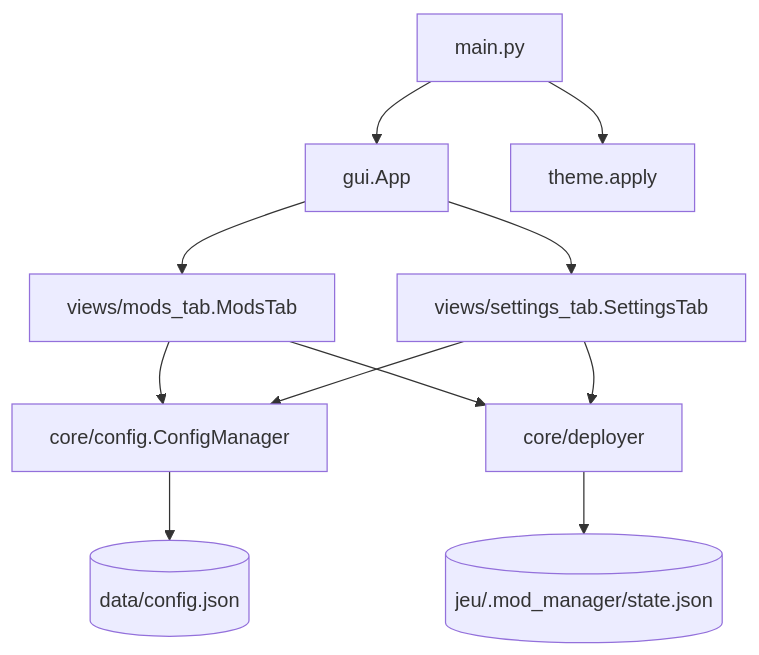
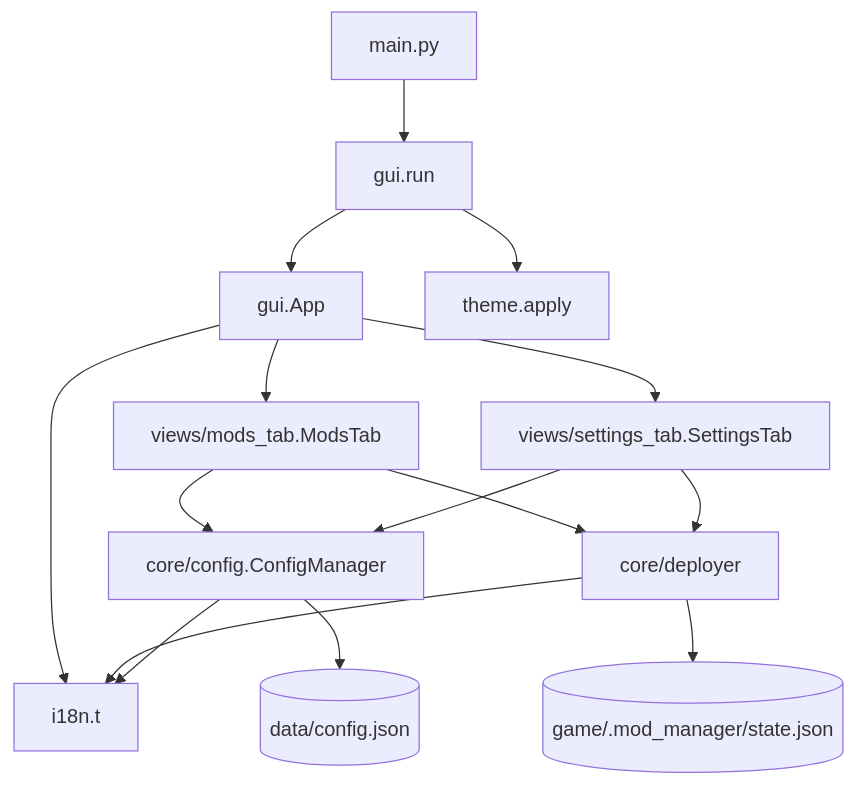
One commit to devcfk/ModInjector changed the first of 2 diagrams in docs/ARCHITECTURE.md. Above: the diagram before and after it, drawn with Mermaid. The commit also changed other lines of this file and 16 other files, not shown here.

````diff
--- a/docs/ARCHITECTURE.md
+++ b/docs/ARCHITECTURE.md
@@ -50,13 +55,17 @@
 ```mermaid
 flowchart TD
-    main[main.py] --> App[gui.App]
+    main[main.py] --> Run[gui.run]
+    Run --> App[gui.App]
     App --> ModsTab[views/mods_tab.ModsTab]
     App --> SettingsTab[views/settings_tab.SettingsTab]
     ModsTab --> Config[core/config.ConfigManager]
     SettingsTab --> Config
     ModsTab --> Deployer[core/deployer]
     SettingsTab --> Deployer
-    main --> Theme[theme.apply]
+    Run --> Theme[theme.apply]
+    App --> I18n[i18n.t]
+    Deployer --> I18n
+    Config --> I18n
     Config --> ConfigJson[(data/config.json)]
-    Deployer --> State[(jeu/.mod_manager/state.json)]
+    Deployer --> State[(game/.mod_manager/state.json)]
 ```
````
